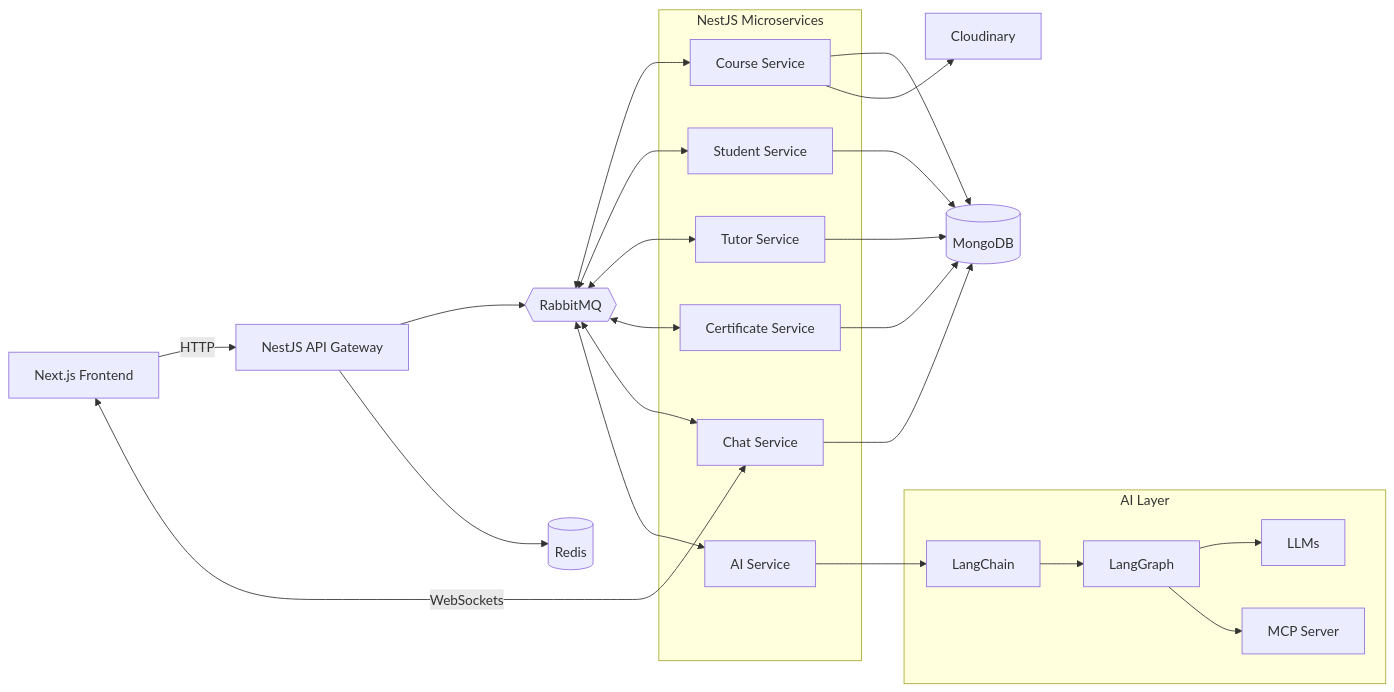
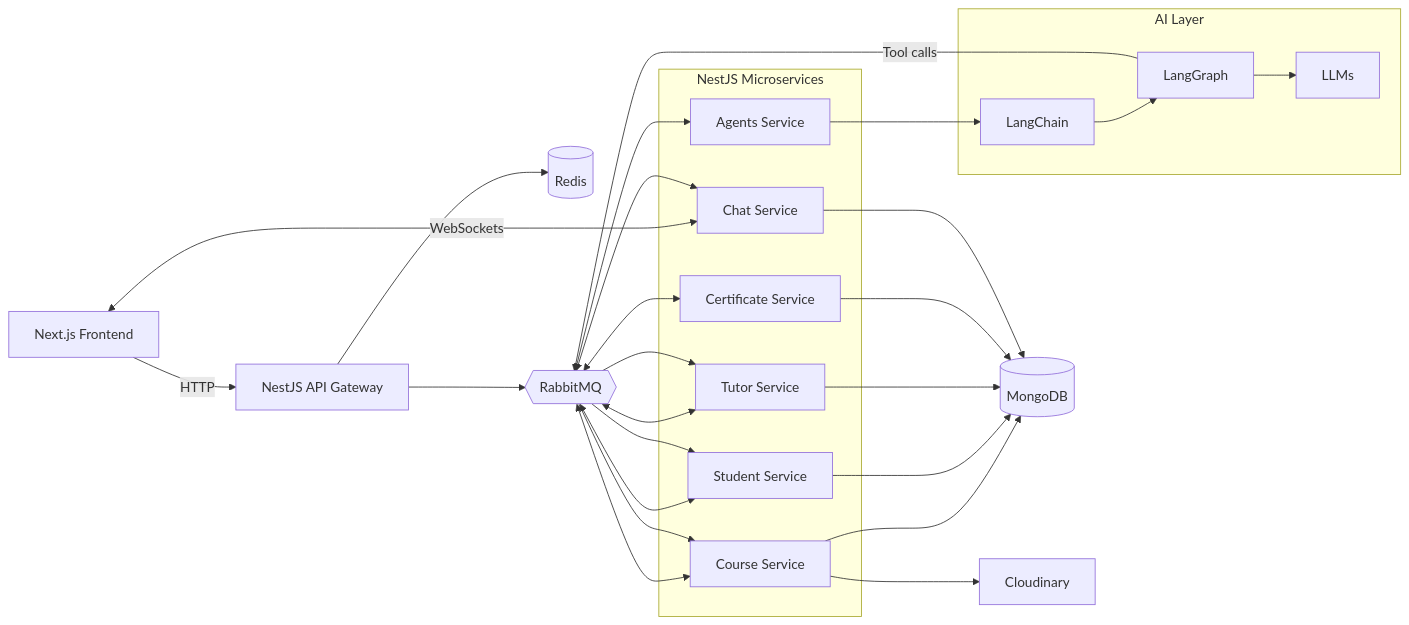
Before and after one commit to Sujan-Bhandari07/lms: the diagram in README.md, drawn with Mermaid. The commit also changed other lines of this file, not shown here.

First line of the commit message:
Revise README for AI service updates and formatting

````diff
--- a/README.md
+++ b/README.md
@@ -91,49 +82,51 @@
 ```mermaid
 flowchart LR
     Client["Next.js Frontend"]
     Gateway["NestJS API Gateway"]
 
     subgraph Services["NestJS Microservices"]
         Course["Course Service"]
         Student["Student Service"]
         Tutor["Tutor Service"]
         Cert["Certificate Service"]
         Chat["Chat Service"]
-        AI["AI Service"]
+        AI["Agents Service"]
     end
 
     subgraph AIStack["AI Layer"]
         LC["LangChain"]
         LG["LangGraph"]
-        MCP["MCP Server"]
         LLM["LLMs"]
     end
 
     Mongo[("MongoDB")]
     Redis[("Redis")]
     MQ{{"RabbitMQ"}}
     Cloud["Cloudinary"]
 
     Client -->|"HTTP"| Gateway
     Client <-->|"WebSockets"| Chat
     Gateway --> MQ
     MQ <--> Course
     MQ <--> Student
     MQ <--> Tutor
     MQ <--> Cert
     MQ <--> Chat
     MQ <--> AI
 
     Gateway --> Redis
     Course --> Mongo
     Student --> Mongo
     Tutor --> Mongo
     Cert --> Mongo
     Chat --> Mongo
     Course --> Cloud
 
     AI --> LC
     LC --> LG
     LG --> LLM
-    LG --> MCP
+    LG -->|"Tool calls"| MQ
+    MQ --> Course
+    MQ --> Tutor
+    MQ --> Student
 ```
````
